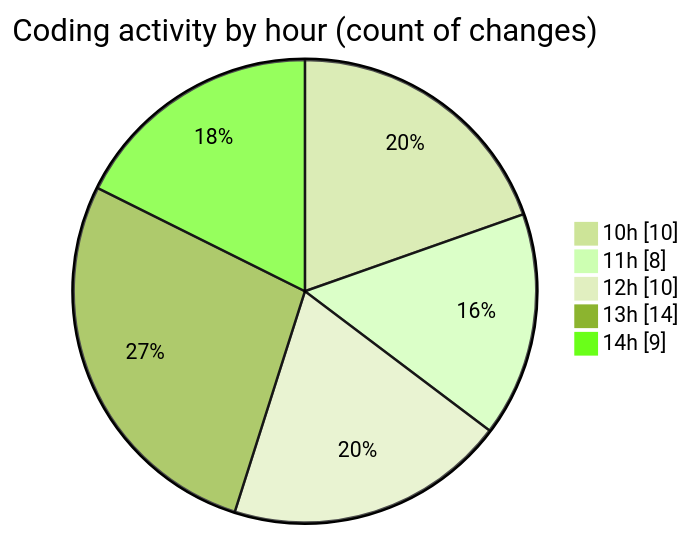
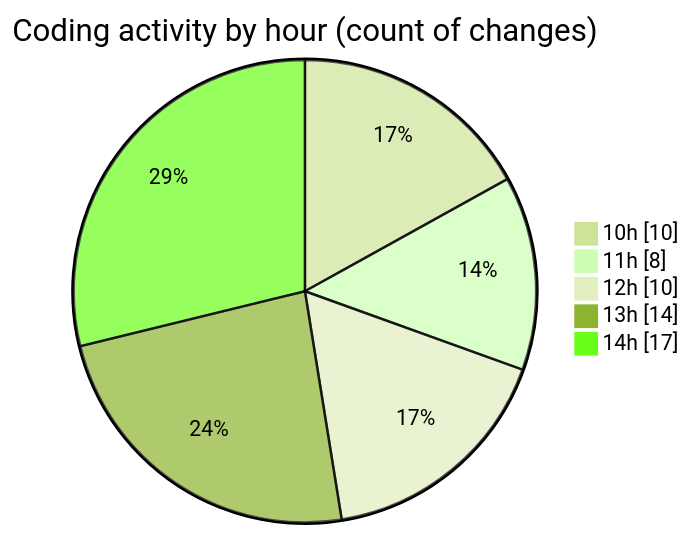
One commit to nxtqubesakshisongat/code-tracking changed the second of 2 diagrams in 2025-07-29/nxtqube_webapp/README.md. Above: the diagram before and after it, drawn with Mermaid (forest theme). The commit also changed other lines of this file and 1 other file, not shown here.

````diff
--- a/2025-07-29/nxtqube_webapp/README.md
+++ b/2025-07-29/nxtqube_webapp/README.md
@@ -36,9 +36,9 @@
 ```mermaid
 pie showData
 title Coding activity by hour (count of changes)
 "10h" : 10
 "11h" : 8
 "12h" : 10
 "13h" : 14
-"14h" : 9
+"14h" : 17
 ```
````
